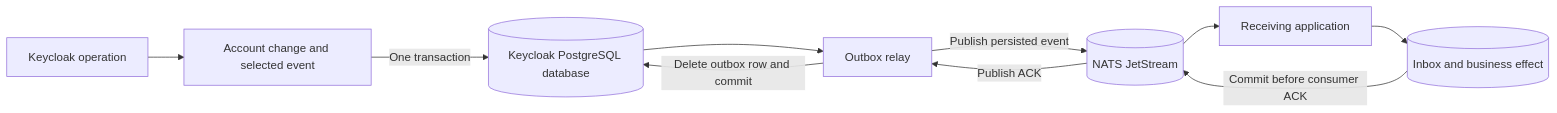
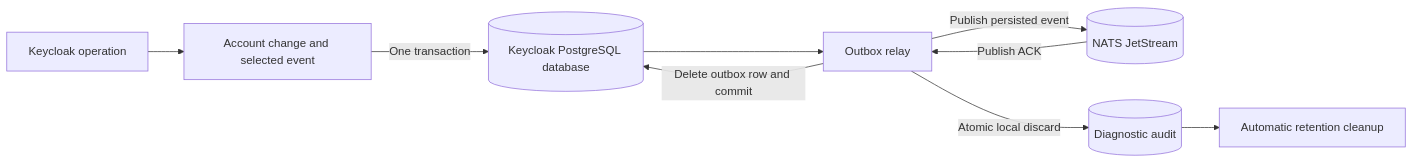
The diagram in docs/architecture.md (gbeaule/keycloak-nats-durable), drawn with Mermaid before and after one commit. The commit also changed other lines of this file and 32 other files, not shown here.

````diff
--- a/docs/architecture.md
+++ b/docs/architecture.md
@@ -9,12 +9,11 @@
 ```mermaid
 flowchart LR
     K[Keycloak operation] --> T[Account change and selected event]
     T -->|One transaction| D[(Keycloak PostgreSQL database)]
     D --> R[Outbox relay]
     R -->|Publish persisted event| J[(NATS JetStream)]
     J -->|Publish ACK| R
     R -->|Delete outbox row and commit| D
-    J --> C[Receiving application]
-    C --> I[(Inbox and business effect)]
-    I -->|Commit before consumer ACK| J
+    R -->|Atomic local discard| A[(Diagnostic audit)]
+    A --> X[Automatic retention cleanup]
 ```
````
